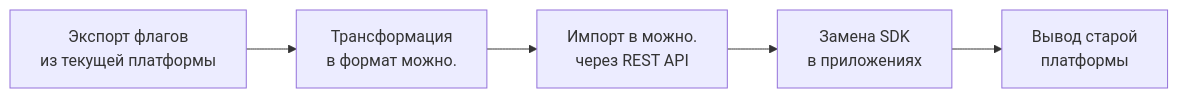
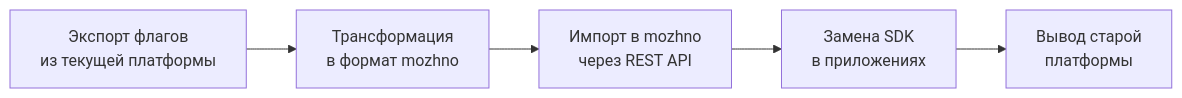
The first of 2 diagrams in docs/advanced/migration.md (edgar-dev20/mozhno), drawn with Mermaid before and after one commit. The commit also changed 33 other files, not shown here.

Commit message:
docs: rewrite getting-started, fix env model, mermaid latin labels, table header brand styling, SDK+arch corrections

````diff
--- a/docs/advanced/migration.md
+++ b/docs/advanced/migration.md
@@ -7,13 +7,13 @@
 ```mermaid
 flowchart LR
     EXPORT[Экспорт флагов<br/>из текущей платформы]
-    TRANSFORM[Трансформация<br/>в формат можно.]
-    IMPORT[Импорт в можно.<br/>через REST API]
+    TRANSFORM[Трансформация<br/>в формат mozhno]
+    IMPORT[Импорт в mozhno<br/>через REST API]
     SDK[Замена SDK<br/>в приложениях]
     DECOMM[Вывод старой<br/>платформы]
 
     EXPORT --> TRANSFORM
     TRANSFORM --> IMPORT
     IMPORT --> SDK
     SDK --> DECOMM
 ```
````
